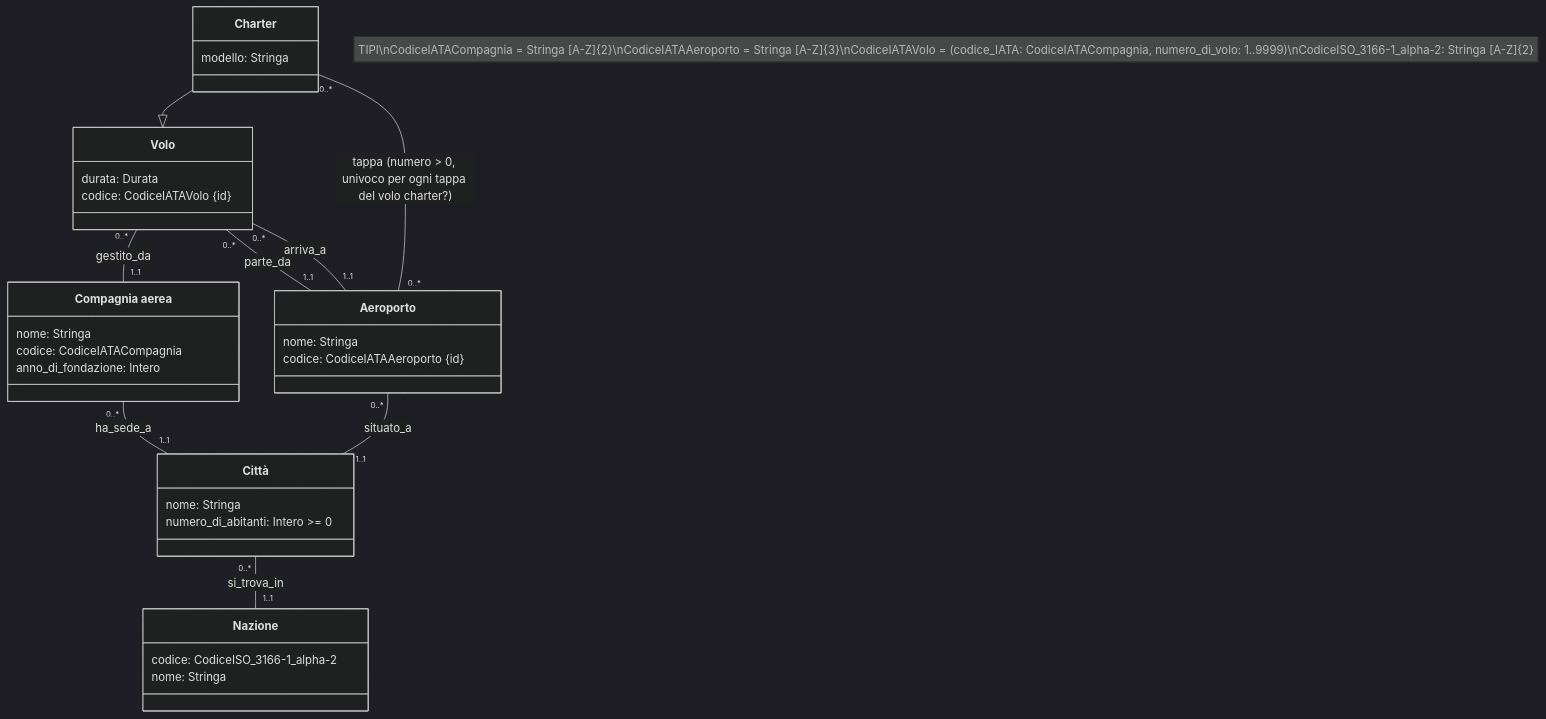
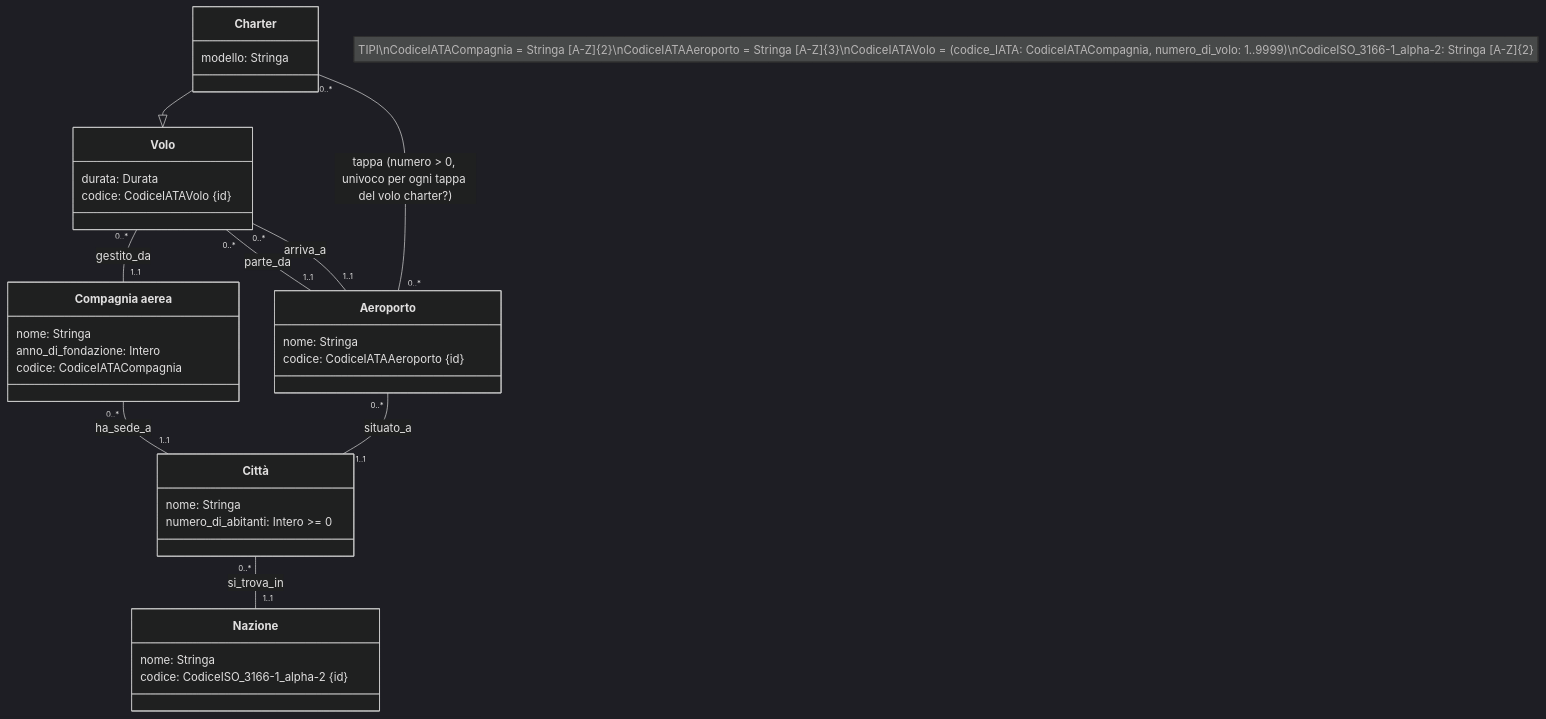
Before and after one commit to CuriousCI/university: the diagram in book/basi-di-dati-2/voli-aerei-2.md, drawn with Mermaid (dark theme).

Commit message:
projects

````diff
--- a/book/basi-di-dati-2/voli-aerei-2.md
+++ b/book/basi-di-dati-2/voli-aerei-2.md
@@ -67,45 +67,46 @@
 ```mermaid
 classDiagram
     note for Duck "TIPI\nCodiceIATACompagnia = Stringa [A-Z]{2}\nCodiceIATAAeroporto = Stringa [A-Z]{3}\nCodiceIATAVolo = (codice_IATA: CodiceIATACompagnia, numero_di_volo: 1..9999)\nCodiceISO_3166-1_alpha-2: Stringa [A-Z]{2}"
 
     class Volo {
         durata: Durata 
     }
     Volo : codice&#58 CodiceIATAVolo {id}
 
     class Charter {
         modello: Stringa
     }
 
     class Aeroporto {
         nome: Stringa
     } 
     Aeroporto : codice&#58 CodiceIATAAeroporto {id}
 
     class Compagnia {
         nome: Stringa
-        codice: CodiceIATACompagnia 
         anno_di_fondazione: Intero
     }
+    Compagnia : codice&#58 CodiceIATACompagnia 
     class Compagnia["Compagnia aerea"]
+
 
     class Citta {
         nome: Stringa
         numero_di_abitanti: Intero >= 0
     }
     class Citta["Città"]
 
     class Nazione {
-        codice: CodiceISO_3166-1_alpha-2 
         nome: Stringa
     }
+    Nazione: codice&#58 CodiceISO_3166-1_alpha-2 {id}
 
     Volo "0..*" -- "1..1" Compagnia : gestito_da
     Volo "0..*" -- "1..1" Aeroporto : parte_da
     Volo "0..*" -- "1..1" Aeroporto : arriva_a 
     Aeroporto "0..*" -- "1..1" Citta : situato_a
     Citta "0..*" -- "1..1" Nazione : si_trova_in
     Compagnia "0..*" -- "1..1" Citta : ha_sede_a 
     Charter --|> Volo
     Charter "0..*" -- "0..*" Aeroporto : tappa (numero > 0, univoco per ogni tappa del volo charter?)
 ```
````
